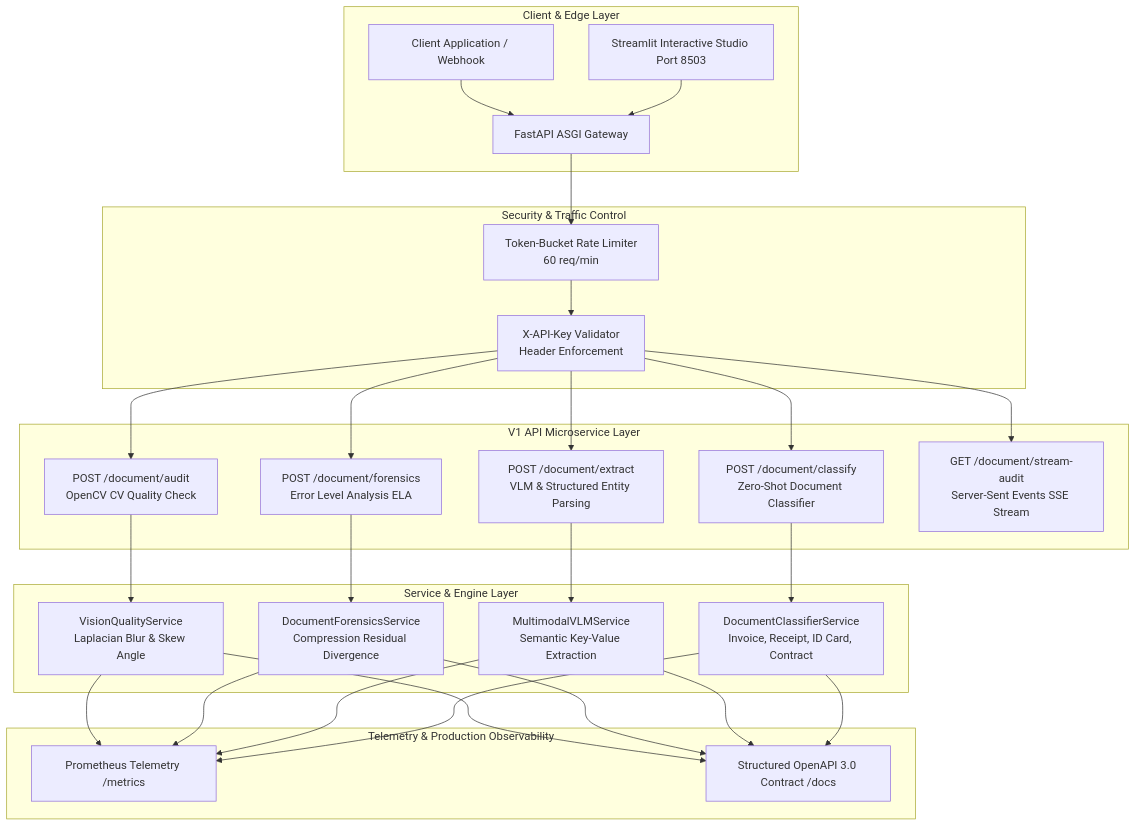
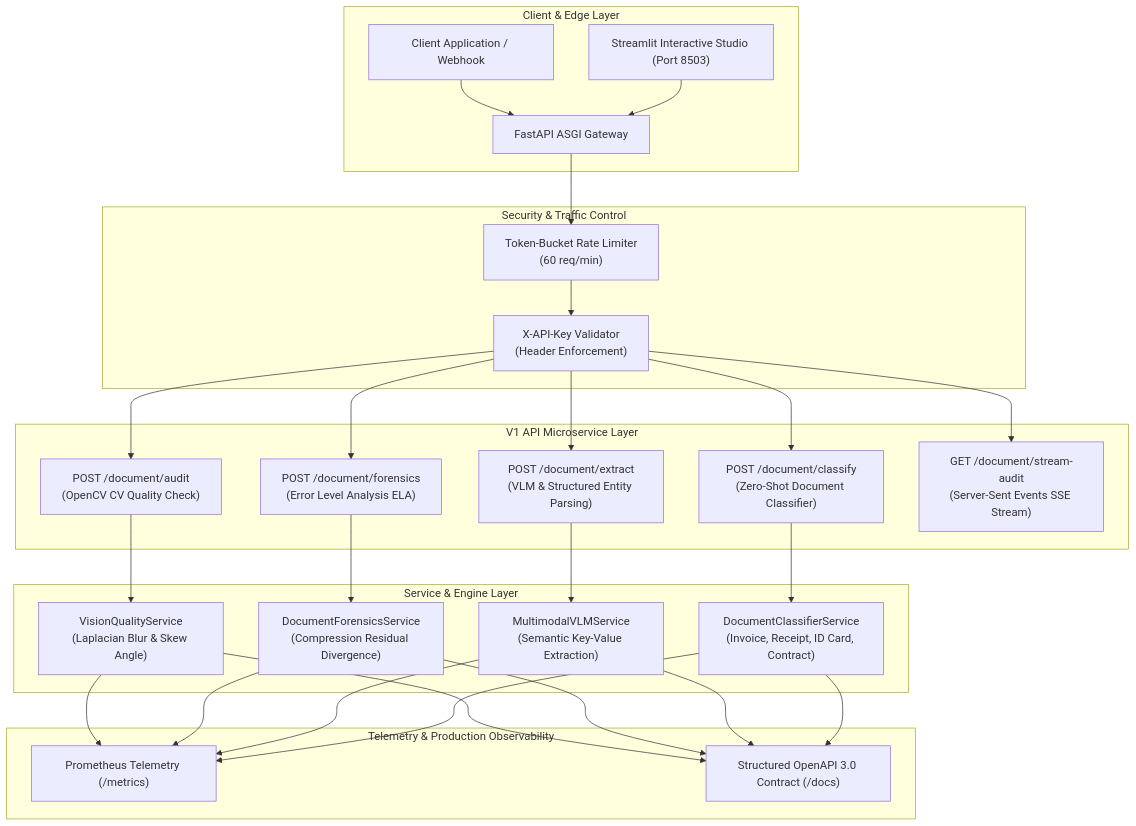
One commit to anujmundu/omnivision-docintel-api changed the diagram in ARCHITECTURE.md. Above: the diagram before and after it, drawn with Mermaid. The commit also changed 1 other file, not shown here.

Commit message:
fix(docs): format Mermaid diagram node quotes for GitHub rendering

````diff
--- a/ARCHITECTURE.md
+++ b/ARCHITECTURE.md
@@ -10,32 +10,38 @@
 ```mermaid
-graph TD
-    subgraph Client & Edge Layer
-        Client[Client Application / Webhook] --> Gate[FastAPI ASGI Gateway]
-        Studio[Streamlit Interactive Studio Port 8503] --> Gate
+flowchart TD
+    subgraph ClientEdge["Client & Edge Layer"]
+        Client["Client Application / Webhook"] --> Gate["FastAPI ASGI Gateway"]
+        Studio["Streamlit Interactive Studio (Port 8503)"] --> Gate
     end
 
-    subgraph Security & Traffic Control
-        Gate --> Sec[Token-Bucket Rate Limiter<br/>60 req/min]
-        Sec --> Auth[X-API-Key Validator<br/>Header Enforcement]
+    subgraph SecurityControl["Security & Traffic Control"]
+        Gate --> Sec["Token-Bucket Rate Limiter<br/>(60 req/min)"]
+        Sec --> Auth["X-API-Key Validator<br/>(Header Enforcement)"]
     end
 
-    subgraph V1 API Microservice Layer
-        Auth --> R1[POST /document/audit<br/>OpenCV CV Quality Check]
-        Auth --> R2[POST /document/forensics<br/>Error Level Analysis ELA]
-        Auth --> R3[POST /document/extract<br/>VLM & Structured Entity Parsing]
-        Auth --> R4[POST /document/classify<br/>Zero-Shot Document Classifier]
-        Auth --> R5[GET /document/stream-audit<br/>Server-Sent Events SSE Stream]
+    subgraph APILayer["V1 API Microservice Layer"]
+        Auth --> R1["POST /document/audit<br/>(OpenCV CV Quality Check)"]
+        Auth --> R2["POST /document/forensics<br/>(Error Level Analysis ELA)"]
+        Auth --> R3["POST /document/extract<br/>(VLM & Structured Entity Parsing)"]
+        Auth --> R4["POST /document/classify<br/>(Zero-Shot Document Classifier)"]
+        Auth --> R5["GET /document/stream-audit<br/>(Server-Sent Events SSE Stream)"]
     end
 
-    subgraph Service & Engine Layer
-        R1 --> S1[VisionQualityService<br/>Laplacian Blur & Skew Angle]
-        R2 --> S2[DocumentForensicsService<br/>Compression Residual Divergence]
-        R3 --> S3[MultimodalVLMService<br/>Semantic Key-Value Extraction]
-        R4 --> S4[DocumentClassifierService<br/>Invoice, Receipt, ID Card, Contract]
+    subgraph EngineLayer["Service & Engine Layer"]
+        R1 --> S1["VisionQualityService<br/>(Laplacian Blur & Skew Angle)"]
+        R2 --> S2["DocumentForensicsService<br/>(Compression Residual Divergence)"]
+        R3 --> S3["MultimodalVLMService<br/>(Semantic Key-Value Extraction)"]
+        R4 --> S4["DocumentClassifierService<br/>(Invoice, Receipt, ID Card, Contract)"]
     end
 
-    subgraph Telemetry & Production Observability
-        S1 & S2 & S3 & S4 --> Obs1[Prometheus Telemetry /metrics]
-        S1 & S2 & S3 & S4 --> Obs2[Structured OpenAPI 3.0 Contract /docs]
+    subgraph Observability["Telemetry & Production Observability"]
+        S1 --> Obs1["Prometheus Telemetry (/metrics)"]
+        S2 --> Obs1
+        S3 --> Obs1
+        S4 --> Obs1
+        S1 --> Obs2["Structured OpenAPI 3.0 Contract (/docs)"]
+        S2 --> Obs2
+        S3 --> Obs2
+        S4 --> Obs2
     end
 ```
````
